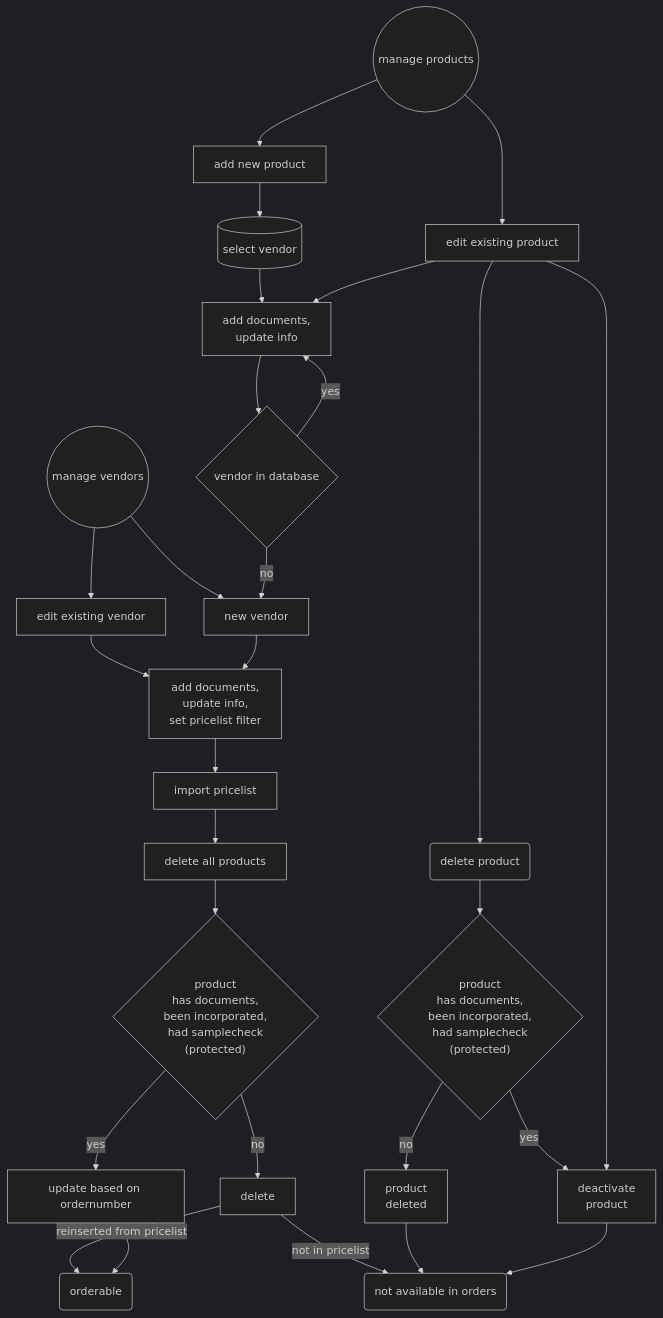
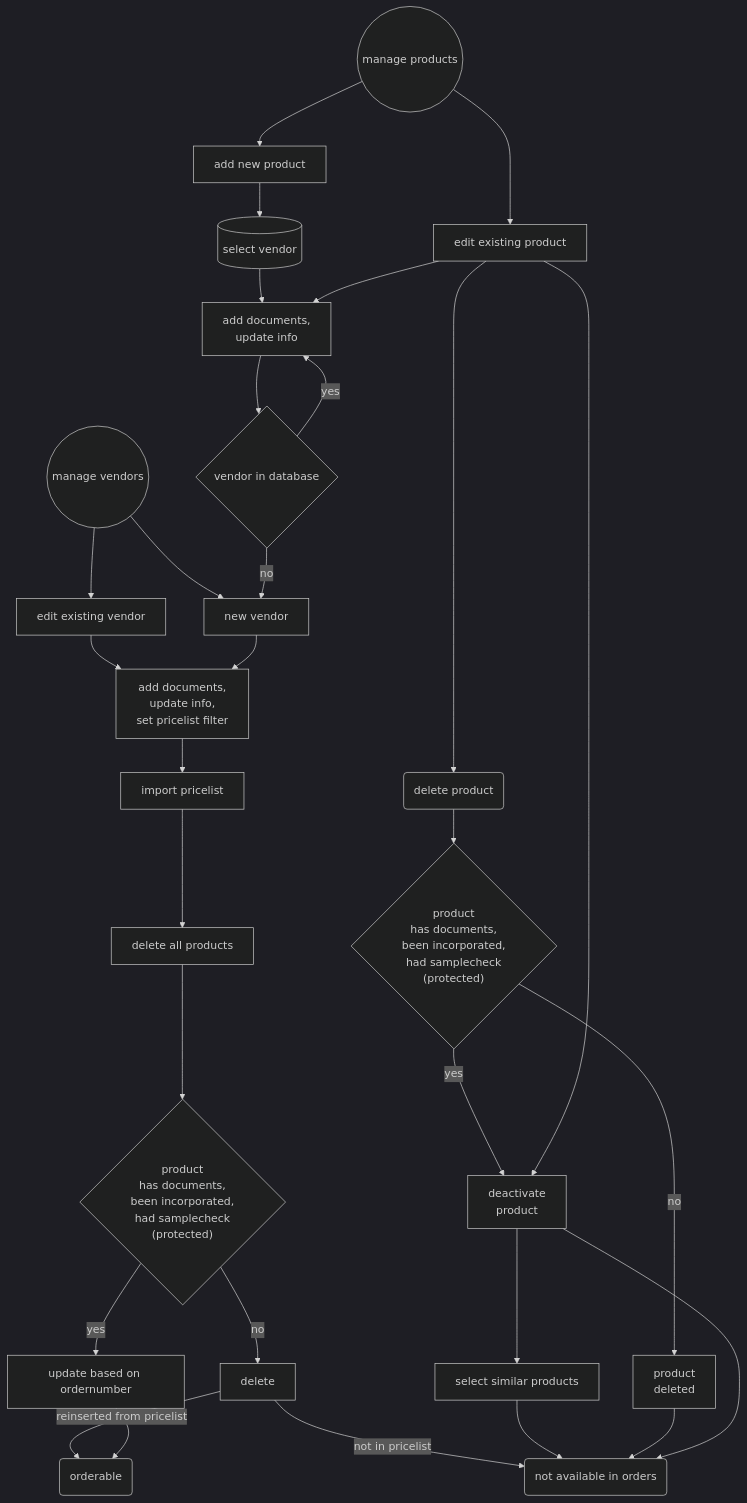
Before and after one commit to erroronline1/caro: the sixth of 7 diagrams in readme.md, drawn with Mermaid (dark theme). The commit also changed other lines of this file and 3 other files, not shown here.

Commit message:
batch activation and deactivation of similar products

````diff
--- a/readme.md
+++ b/readme.md
@@ -526,46 +525,48 @@
 ```mermaid
 graph TD;
     manage_vendors((manage vendors))-->edit_vendor[edit existing vendor];
     manage_vendors-->new_vendor[new vendor];
     edit_vendor-->add_vinfo["add documents,
     update info,
     set pricelist filter"];
     new_vendor-->add_vinfo;
     add_vinfo-->import_pricelist[import pricelist];
     import_pricelist-->delete_all_products[delete all products];
     delete_all_products-->has_docs2{"product
     has documents,
     been incorporated,
     had samplecheck
     (protected)"};
     has_docs2-->|yes|update[update based on ordernumber];
     has_docs2-->|no|delete[delete];
     delete-->|reinserted from pricelist|orderable(orderable);
     delete-->|not in pricelist|inorderable(not available in orders)
     update-->orderable;
 
     manage_products((manage products))-->edit_product[edit existing product];
     manage_products-->add_product[add new product];
     add_product-->select_vendor[(select vendor)];
     select_vendor-->add_pinfo["Add documents,
     update info"];
     add_pinfo-->known_vendor;
 
     edit_product-->add_pinfo["add documents,
     update info"];
     known_vendor{vendor in database}-->|yes|add_pinfo;
     known_vendor-->|no|new_vendor
     edit_product-->delete_product(delete product);
     delete_product-->has_docs{"product
     has documents,
     been incorporated,
     had samplecheck
     (protected)"};
     has_docs-->|no|product_deleted["product
     deleted"];
     has_docs-->|yes|product_inactive["deactivate
     product"]
+    product_inactive-->similar[select similar products];
+    similar-->inorderable;
     product_deleted-->inorderable;
     product_inactive-->inorderable;
     edit_product-->product_inactive;
 ```
````
